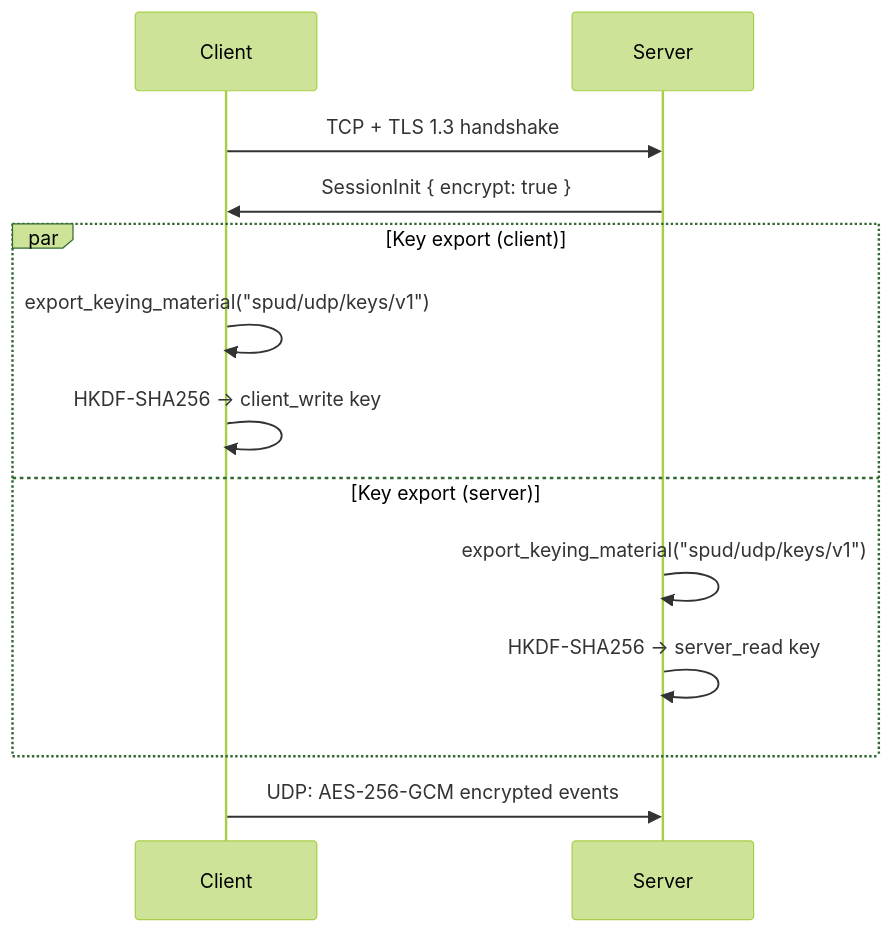
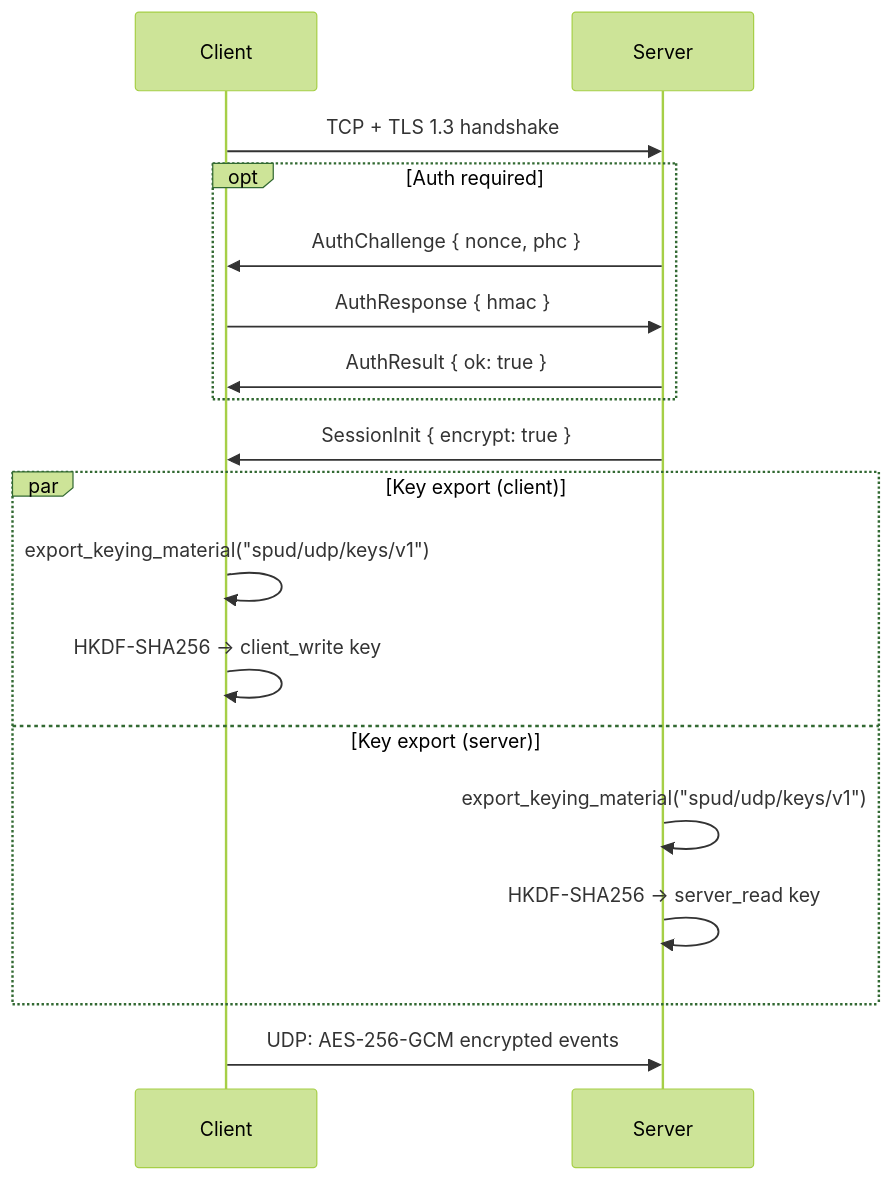
The first of 3 diagrams in docs/encryption.md (xfoa/spud), drawn with Mermaid (forest theme) before and after one commit. The commit also changed other lines of this file and 1 other file, not shown here.

````diff
--- a/docs/encryption.md
+++ b/docs/encryption.md
@@ -27,15 +27,20 @@
 ```mermaid
 sequenceDiagram
     participant C as Client
     participant S as Server
     C->>S: TCP + TLS 1.3 handshake
+    opt Auth required
+        S->>C: AuthChallenge { nonce, phc }
+        C->>S: AuthResponse { hmac }
+        S->>C: AuthResult { ok: true }
+    end
     S->>C: SessionInit { encrypt: true }
     par Key export (client)
         C->>C: export_keying_material("spud/udp/keys/v1")
         C->>C: HKDF-SHA256 -> client_write key
     and Key export (server)
         S->>S: export_keying_material("spud/udp/keys/v1")
         S->>S: HKDF-SHA256 -> server_read key
     end
     C->>S: UDP: AES-256-GCM encrypted events
 ```
````
